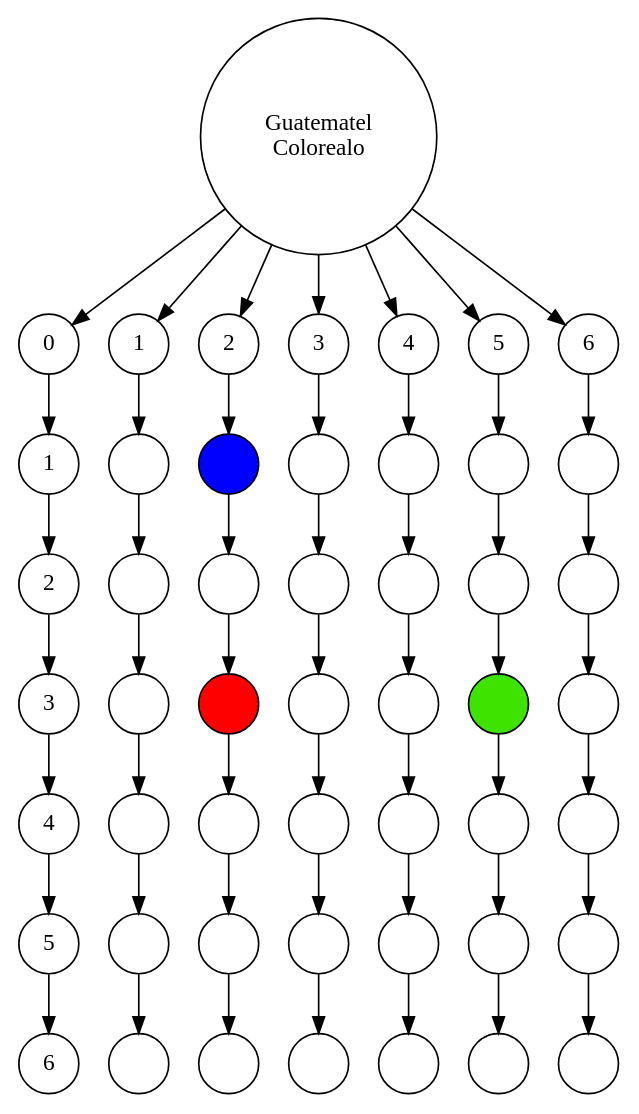
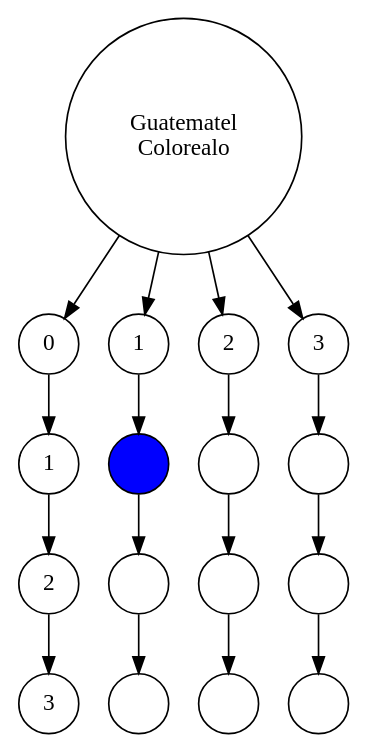
One commit to Manuelhb1/IPC2_Practica1_201407188 changed the diagram in grafica.dot. Above: the diagram before and after it, drawn with Graphviz. The commit also changed 2 other files, not shown here.

```diff
--- a/grafica.dot
+++ b/grafica.dot
@@ -1,105 +1,39 @@
 digraph grafo{
 
         node[shape=circle];
 n0 [label="Guatematel
 Colorealo"];
 n1 [label="0"];
 n2 [label="1"];
 n3 [label="2"];
 n4 [label="3"];
-n5 [label="4"];
-n6 [label="5"];
-n7 [label="6"];
-n8 [label="1"];
-n9 [label=""];
-n10 [label="" fillcolor="#0000ff" style=filled];
+n5 [label="1"];
+n6 [label="" fillcolor="#0000ff" style=filled];
+n7 [label=""];
+n8 [label=""];
+n9 [label="2"];
+n10 [label=""];
 n11 [label=""];
 n12 [label=""];
-n13 [label=""];
+n13 [label="3"];
 n14 [label=""];
-n15 [label="2"];
+n15 [label=""];
 n16 [label=""];
-n17 [label=""];
-n18 [label=""];
-n19 [label=""];
-n20 [label=""];
-n21 [label=""];
-n22 [label="3"];
-n23 [label=""];
-n24 [label="" fillcolor="#ff0000" style=filled];
-n25 [label=""];
-n26 [label=""];
-n27 [label="" fillcolor="#3EE300" style=filled];
-n28 [label=""];
-n29 [label="4"];
-n30 [label=""];
-n31 [label=""];
-n32 [label=""];
-n33 [label=""];
-n34 [label=""];
-n35 [label=""];
-n36 [label="5"];
-n37 [label=""];
-n38 [label=""];
-n39 [label=""];
-n40 [label=""];
-n41 [label=""];
-n42 [label=""];
-n43 [label="6"];
-n44 [label=""];
-n45 [label=""];
-n46 [label=""];
-n47 [label=""];
-n48 [label=""];
-n49 [label=""];
 n0 -> n1
 n0 -> n2
 n0 -> n3
 n0 -> n4
-n0 -> n5
-n0 -> n6
-n0 -> n7
-n1 -> n8
-n8 -> n15
-n15 -> n22
-n22 -> n29
-n29 -> n36
-n36 -> n43
-n2 -> n9
-n9 -> n16
-n16 -> n23
-n23 -> n30
-n30 -> n37
-n37 -> n44
-n3 -> n10
-n10 -> n17
-n17 -> n24
-n24 -> n31
-n31 -> n38
-n38 -> n45
-n4 -> n11
-n11 -> n18
-n18 -> n25
-n25 -> n32
-n32 -> n39
-n39 -> n46
-n5 -> n12
-n12 -> n19
-n19 -> n26
-n26 -> n33
-n33 -> n40
-n40 -> n47
-n6 -> n13
-n13 -> n20
-n20 -> n27
-n27 -> n34
-n34 -> n41
-n41 -> n48
-n7 -> n14
-n14 -> n21
-n21 -> n28
-n28 -> n35
-n35 -> n42
-n42 -> n49
+n1 -> n5
+n5 -> n9
+n9 -> n13
+n2 -> n6
+n6 -> n10
+n10 -> n14
+n3 -> n7
+n7 -> n11
+n11 -> n15
+n4 -> n8
+n8 -> n12
+n12 -> n16
 
 }
```
